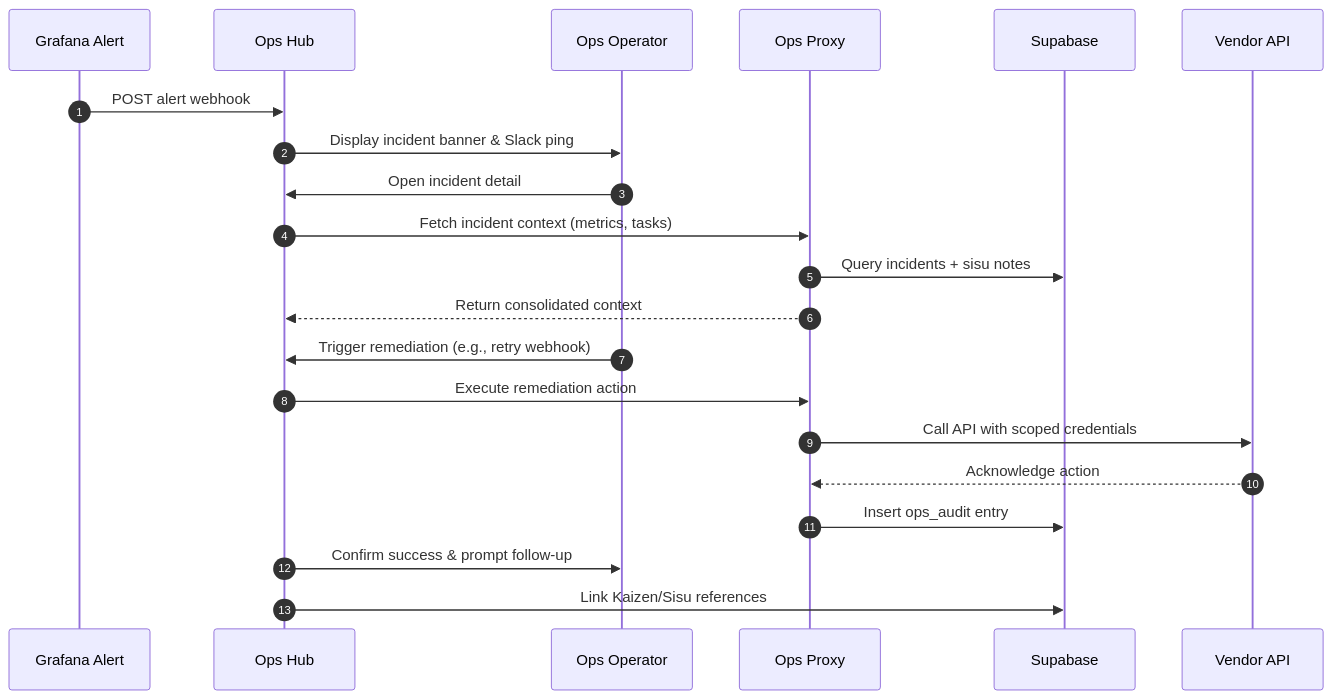
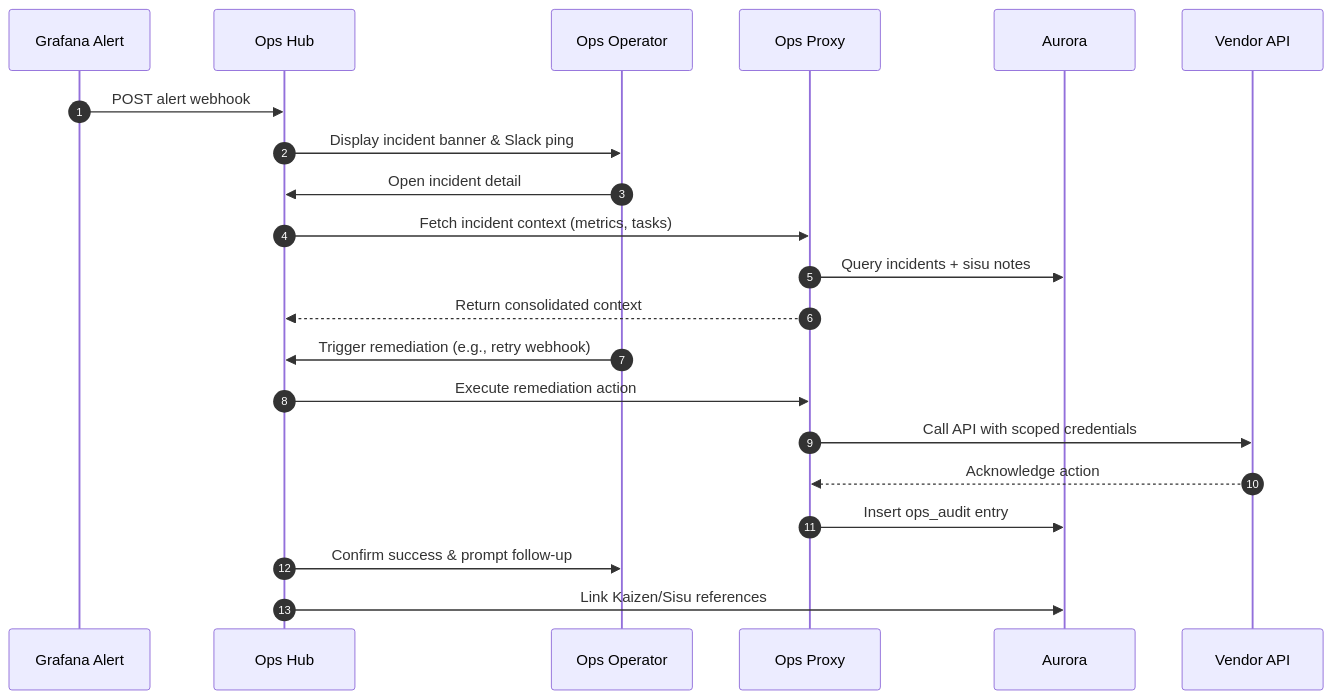
The diagram in docs/diagrams/adr-031-admin-operations-hub/workflow-operations.mmd (marcelkenner/clarivum), drawn with Mermaid before and after one commit. The commit also changed 205 other files, not shown here.

````diff
--- a/docs/diagrams/adr-031-admin-operations-hub/workflow-operations.mmd
+++ b/docs/diagrams/adr-031-admin-operations-hub/workflow-operations.mmd
@@ -1,24 +1,24 @@
 ```mermaid
 sequenceDiagram
     autonumber
     participant Alert as Grafana Alert
     participant COH as Ops Hub
     participant Operator as Ops Operator
     participant Proxy as Ops Proxy
-    participant Supabase as Supabase
+    participant Aurora as Aurora
     participant Vendor as Vendor API
 
     Alert->>COH: POST alert webhook
     COH->>Operator: Display incident banner & Slack ping
     Operator->>COH: Open incident detail
     COH->>Proxy: Fetch incident context (metrics, tasks)
-    Proxy->>Supabase: Query incidents + sisu notes
+    Proxy->>Aurora: Query incidents + sisu notes
     Proxy-->>COH: Return consolidated context
     Operator->>COH: Trigger remediation (e.g., retry webhook)
     COH->>Proxy: Execute remediation action
     Proxy->>Vendor: Call API with scoped credentials
     Vendor-->>Proxy: Acknowledge action
-    Proxy->>Supabase: Insert ops_audit entry
+    Proxy->>Aurora: Insert ops_audit entry
     COH->>Operator: Confirm success & prompt follow-up
-    COH->>Supabase: Link Kaizen/Sisu references
+    COH->>Aurora: Link Kaizen/Sisu references
 ```
````
